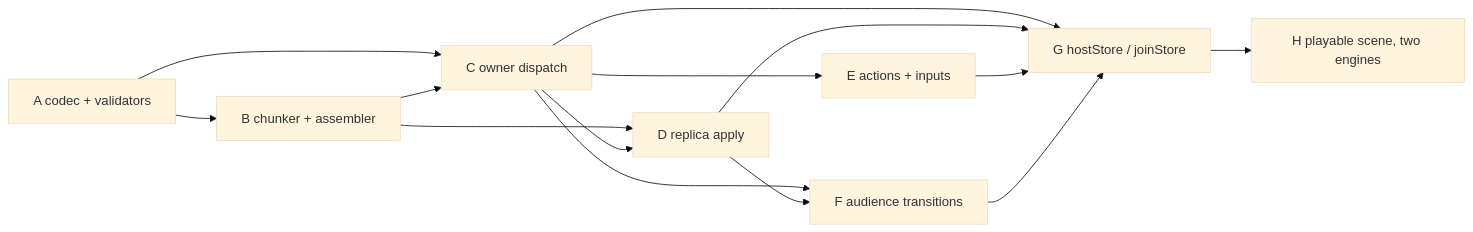
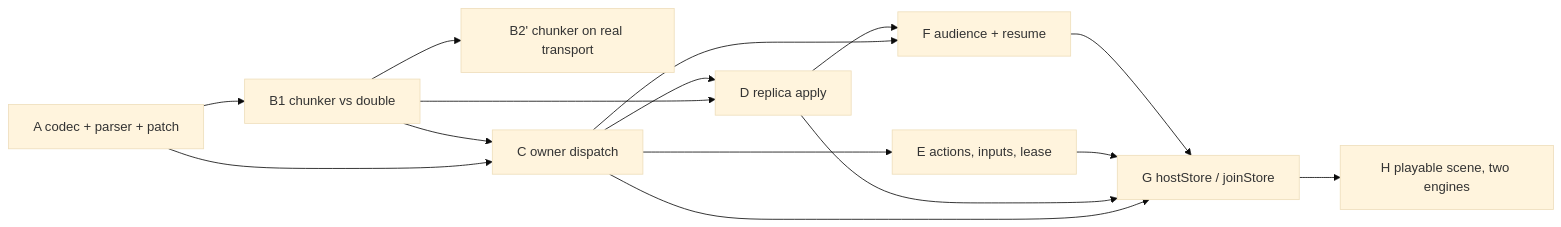
Before and after one commit to ai-2070/net: the diagram in spikes/S7_STORE_BRIEF_DRAFT.md, drawn with Mermaid (base theme). The commit also changed other lines of this file, not shown here.

````diff
--- a/spikes/S7_STORE_BRIEF_DRAFT.md
+++ b/spikes/S7_STORE_BRIEF_DRAFT.md
@@ -412,16 +719,17 @@
 ```mermaid
 graph LR
-  A[A codec + validators] --> B[B chunker + assembler]
+  A[A codec + parser + patch] --> B1[B1 chunker vs double]
+  B1 --> B2[B2' chunker on real transport]
   A --> C[C owner dispatch]
-  B --> C
-  B --> D[D replica apply]
+  B1 --> C
+  B1 --> D[D replica apply]
   C --> D
-  C --> E[E actions + inputs]
-  C --> F[F audience transitions]
+  C --> E[E actions, inputs, lease]
+  C --> F[F audience + resume]
   D --> F
   C --> G[G hostStore / joinStore]
   D --> G
   E --> G
   F --> G
   G --> H[H playable scene, two engines]
 ```
````
